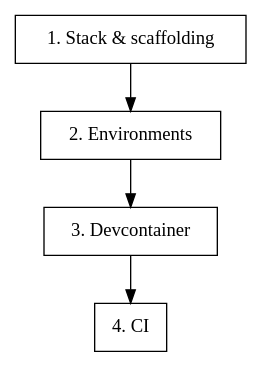
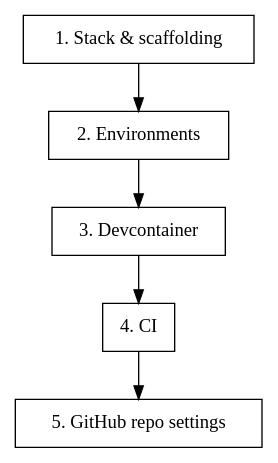
One commit to jasoncrawford/claude-skills changed the diagram in new-project-setup/SKILL.md. Above: the diagram before and after it, drawn with Graphviz. The commit also changed other lines of this file, not shown here.

Commit message:
GitHub repo settings in new-project-setup

````diff
--- a/new-project-setup/SKILL.md
+++ b/new-project-setup/SKILL.md
@@ -14,10 +14,11 @@
 ```dot
 digraph setup {
     rankdir=TB;
     node [shape=box];
 
     "1. Stack & scaffolding" -> "2. Environments";
     "2. Environments" -> "3. Devcontainer";
     "3. Devcontainer" -> "4. CI";
+    "4. CI" -> "5. GitHub repo settings";
 }
 ```
````
